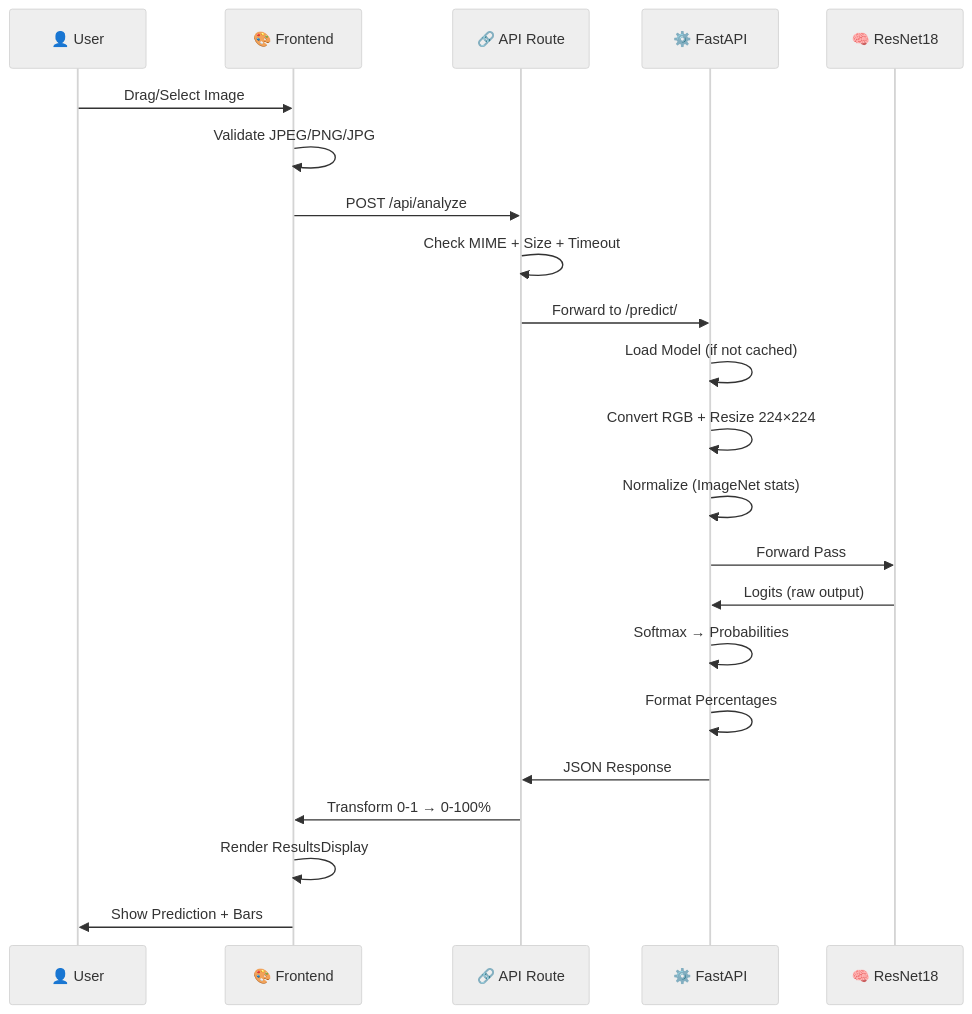
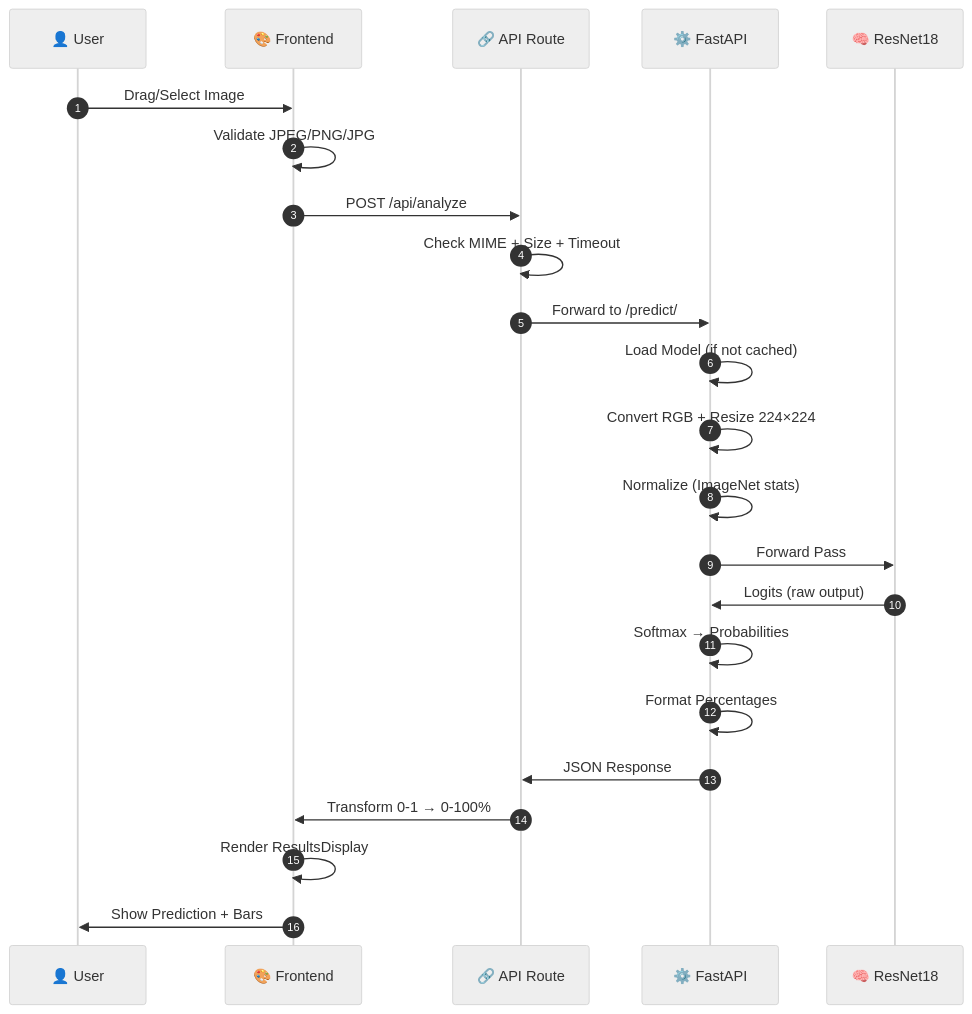
One commit to itssmdsh/MediScan changed the seventh of 9 diagrams in DOCUMENTATION.md. Above: the diagram before and after it, drawn with Mermaid (neutral theme). The commit also changed other lines of this file, not shown here.

````diff
--- a/DOCUMENTATION.md
+++ b/DOCUMENTATION.md
@@ -512,25 +557,26 @@
 ```mermaid
 sequenceDiagram
+    autonumber
     participant User as 👤 User
     participant FE as 🎨 Frontend
     participant Route as 🔗 API Route
     participant FastAPI as ⚙️ FastAPI
     participant Model as 🧠 ResNet18
     
     User->>FE: Drag/Select Image
     FE->>FE: Validate JPEG/PNG/JPG
     FE->>Route: POST /api/analyze
     Route->>Route: Check MIME + Size + Timeout
     Route->>FastAPI: Forward to /predict/
     FastAPI->>FastAPI: Load Model (if not cached)
     FastAPI->>FastAPI: Convert RGB + Resize 224×224
     FastAPI->>FastAPI: Normalize (ImageNet stats)
     FastAPI->>Model: Forward Pass
     Model->>FastAPI: Logits (raw output)
     FastAPI->>FastAPI: Softmax → Probabilities
     FastAPI->>FastAPI: Format Percentages
     FastAPI->>Route: JSON Response
     Route->>FE: Transform 0-1 → 0-100%
     FE->>FE: Render ResultsDisplay
     FE->>User: Show Prediction + Bars
 ```
````
